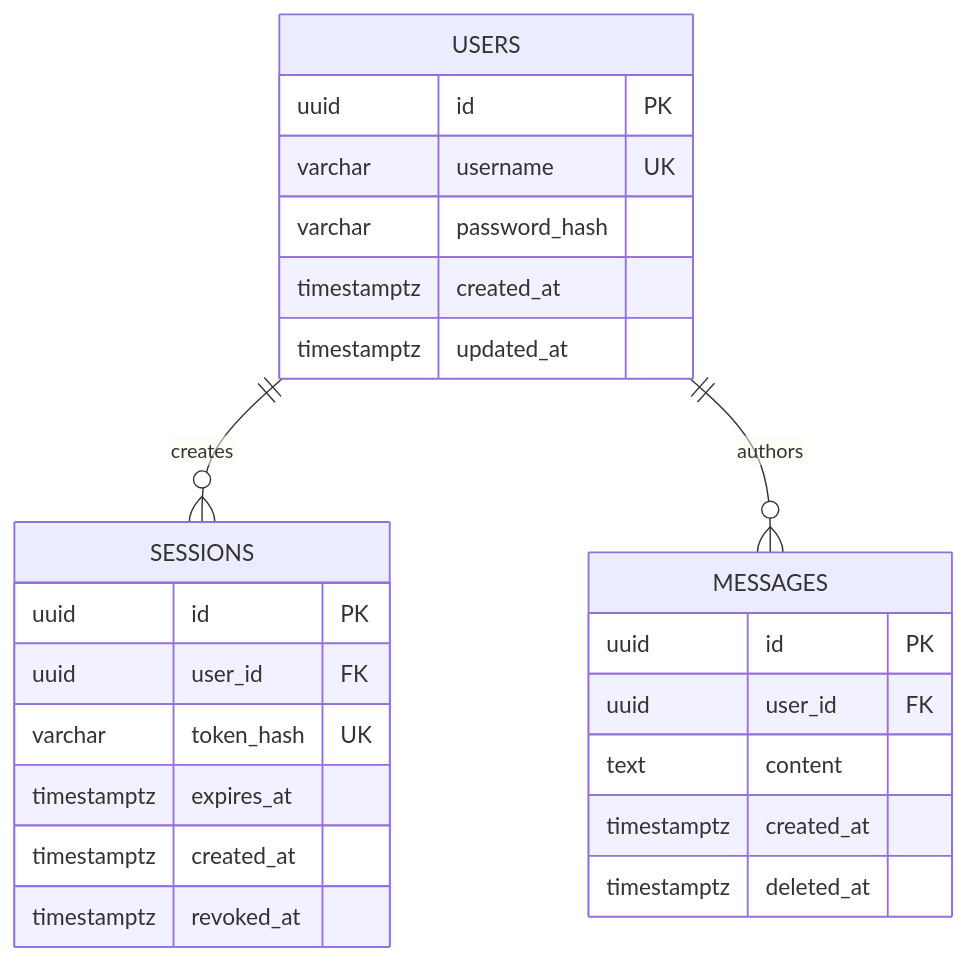
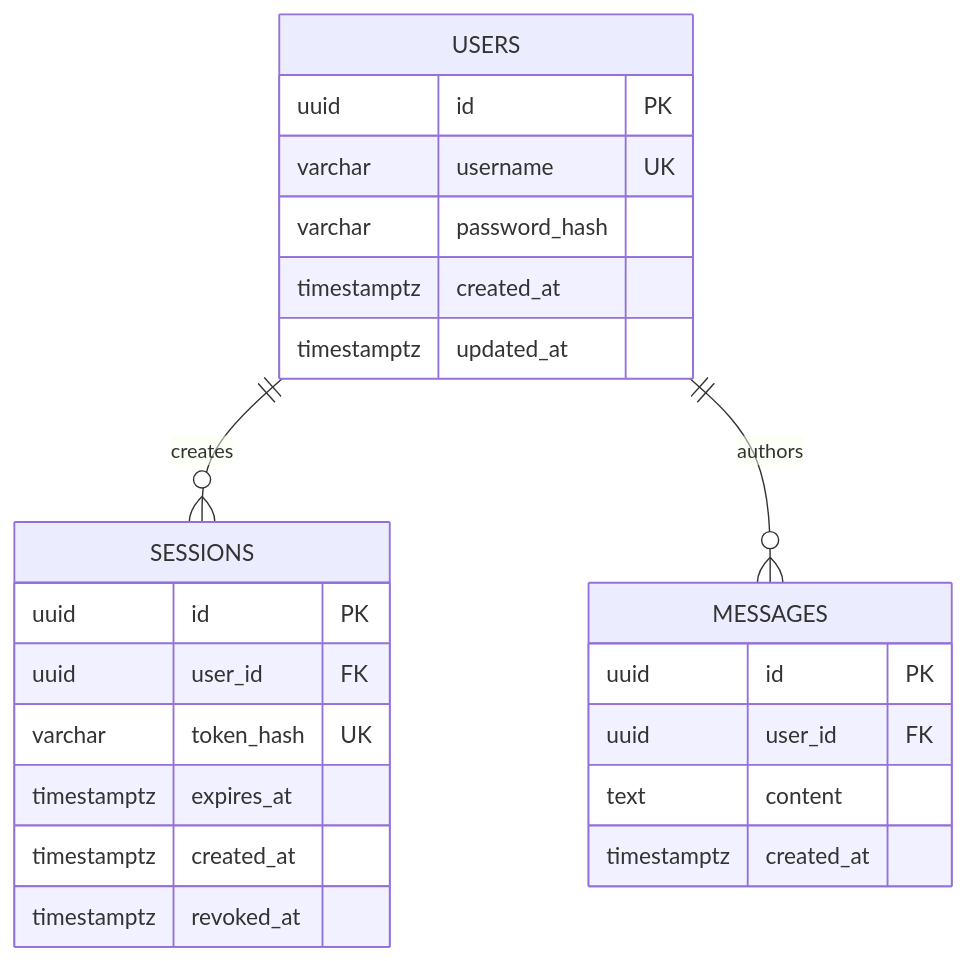
One commit to MBS00007/seischat changed the diagram in docs/database-design.md. Above: the diagram before and after it, drawn with Mermaid. The commit also changed other lines of this file and 15 other files, not shown here.

````diff
--- a/docs/database-design.md
+++ b/docs/database-design.md
@@ -7,28 +7,27 @@
 ```mermaid
 erDiagram
     USERS ||--o{ SESSIONS : creates
     USERS ||--o{ MESSAGES : authors
 
     USERS {
         uuid id PK
         varchar username UK
         varchar password_hash
         timestamptz created_at
         timestamptz updated_at
     }
     SESSIONS {
         uuid id PK
         uuid user_id FK
         varchar token_hash UK
         timestamptz expires_at
         timestamptz created_at
         timestamptz revoked_at
     }
     MESSAGES {
         uuid id PK
         uuid user_id FK
         text content
         timestamptz created_at
-        timestamptz deleted_at
     }
 ```
````
